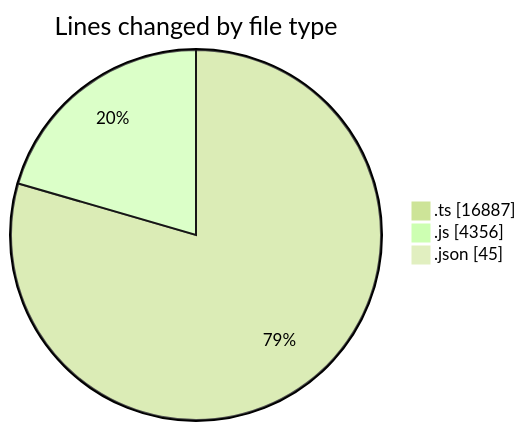
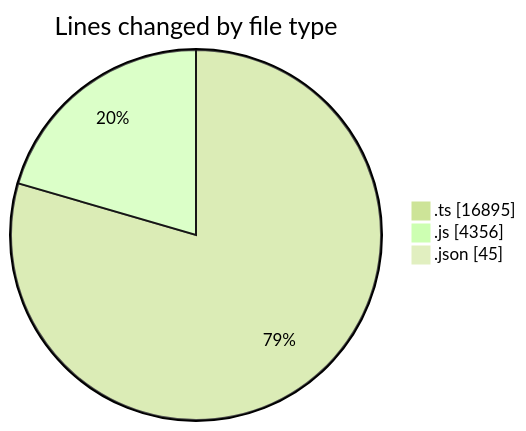
One commit to momahboobian/code-tracking changed the first of 2 diagrams in 2025-07-29/cda/README.md. Above: the diagram before and after it, drawn with Mermaid (forest theme). The commit also changed other lines of this file and 1 other file, not shown here.

````diff
--- a/2025-07-29/cda/README.md
+++ b/2025-07-29/cda/README.md
@@ -30,7 +30,7 @@
 ```mermaid
 pie showData
 title Lines changed by file type
-".ts" : 16887
+".ts" : 16895
 ".js" : 4356
 ".json" : 45
 ```
````
